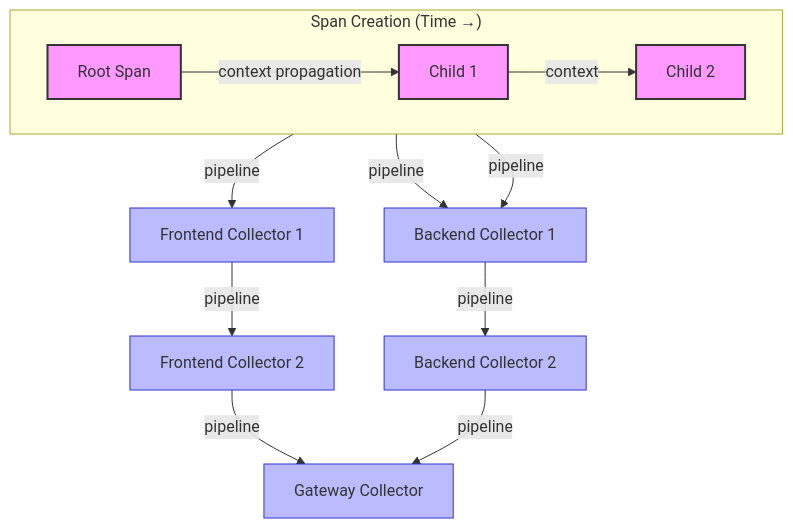
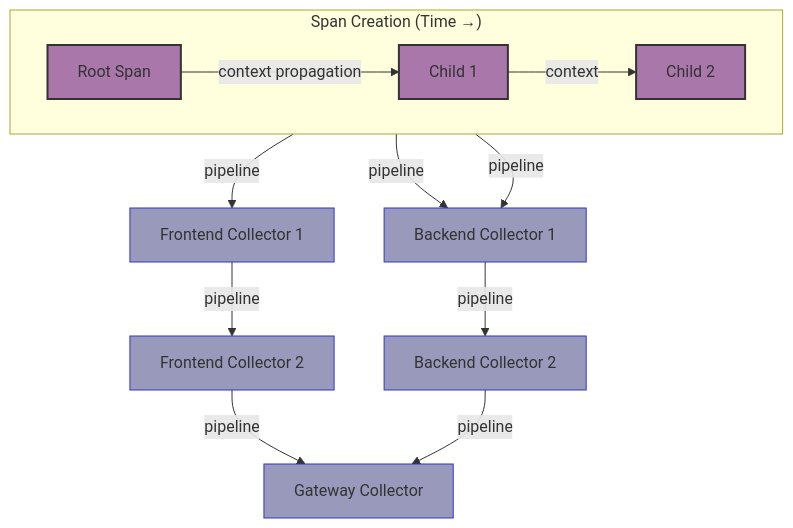
Before and after one commit to open-telemetry/opentelemetry-specification: the diagram in specification/trace/tracestate-probability-sampling.md, drawn with Mermaid.

Commit message:
mermaid3

````diff
--- a/specification/trace/tracestate-probability-sampling.md
+++ b/specification/trace/tracestate-probability-sampling.md
@@ -148,24 +148,24 @@
 ```mermaid
 graph TD
     subgraph "Span Creation (Time →)"
         direction LR
         Root["Root Span"] -->|context propagation| Child1["Child 1"]
         Child1 -->|context| Child2["Child 2"]
     end
     
     Root -->|pipeline| LC1["Frontend Collector 1"]
     LC1 -->|pipeline| LC2["Frontend Collector 2"]
     
     Child1 -->|pipeline| RC1["Backend Collector 1"]
     Child2 -->|pipeline| RC1
     RC1 -->|pipeline| RC2["Backend Collector 2"]
     
     LC2 -->|pipeline| FC["Gateway Collector"]
     RC2 -->|pipeline| FC
     
-    classDef span fill:#f9f,stroke:#333,stroke-width:2px;
-    classDef collector fill:#bbf,stroke:#33c,stroke-width:1px;
+    classDef span fill:#a7a,stroke:#333,stroke-width:2px;
+    classDef collector fill:#99b,stroke:#33c,stroke-width:1px;
     
     class Root,Child1,Child2 span;
     class LC1,LC2,RC1,RC2,FC collector;
 ```
````
